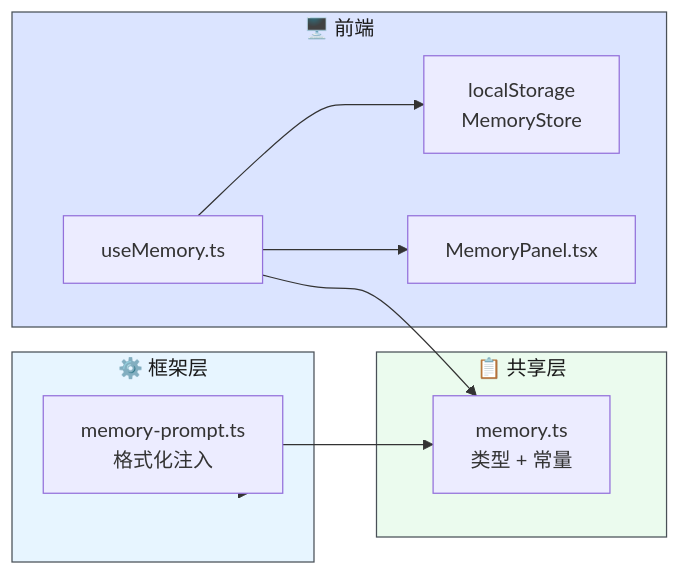
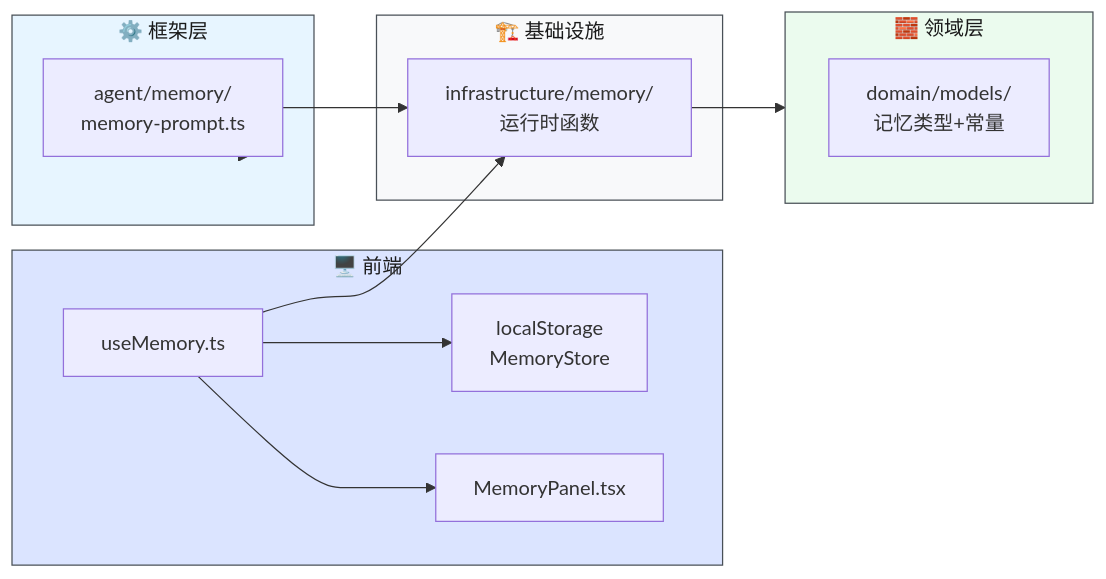
Before and after one commit to yjzaaa/leave-approval-agent: the third of 7 diagrams in CLAUDE.md, drawn with Mermaid. The commit also changed other lines of this file and 25 other files, not shown here.

First line of the commit message:
refactor: 八层架构重构 — agent 子目录化 + domain/infrastructure/services 层

````diff
--- a/CLAUDE.md
+++ b/CLAUDE.md
@@ -89,26 +125,32 @@
 ```mermaid
 graph LR
     subgraph Frontend["🖥️ 前端"]
         LS["localStorage<br/>MemoryStore"]
         Hook["useMemory.ts"]
         Panel["MemoryPanel.tsx"]
     end
 
     subgraph Agent["⚙️ 框架层"]
-        Format["memory-prompt.ts<br/>格式化注入"]
+        Format["agent/memory/<br/>memory-prompt.ts"]
     end
 
-    subgraph Shared["📋 共享层"]
-        Types["memory.ts<br/>类型 + 常量"]
+    subgraph Infra["🏗️ 基础设施"]
+        Types["infrastructure/memory/<br/>运行时函数"]
+    end
+
+    subgraph Domain["🧱 领域层"]
+        MemTypes["domain/models/<br/>记忆类型+常量"]
     end
 
     Hook --> LS
     Hook --> Panel
     Hook --> Types
     Format --> Types
     Agent --> Format
+    Types --> Domain
 
     style Frontend fill:#dbe4ff,stroke:#495057,color:#1a1a1a
     style Agent fill:#e7f5ff,stroke:#495057,color:#1a1a1a
-    style Shared fill:#ebfbee,stroke:#495057,color:#1a1a1a
+    style Infra fill:#f8f9fa,stroke:#495057,color:#1a1a1a
+    style Domain fill:#ebfbee,stroke:#495057,color:#1a1a1a
 ```
````
